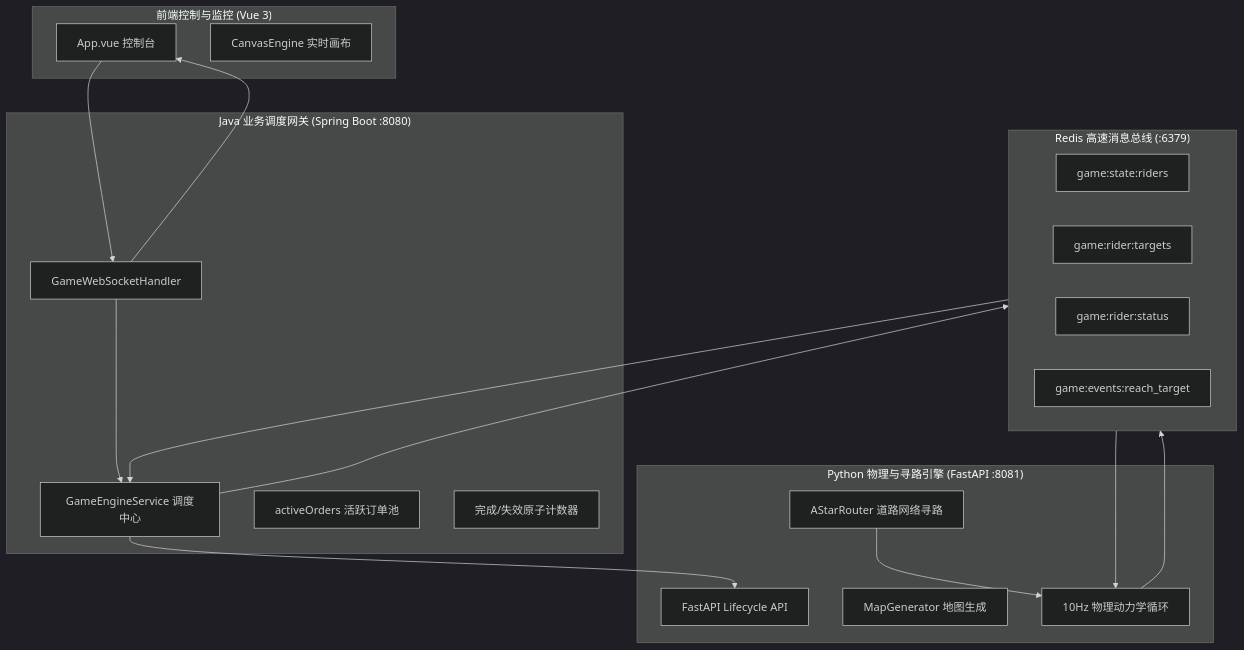
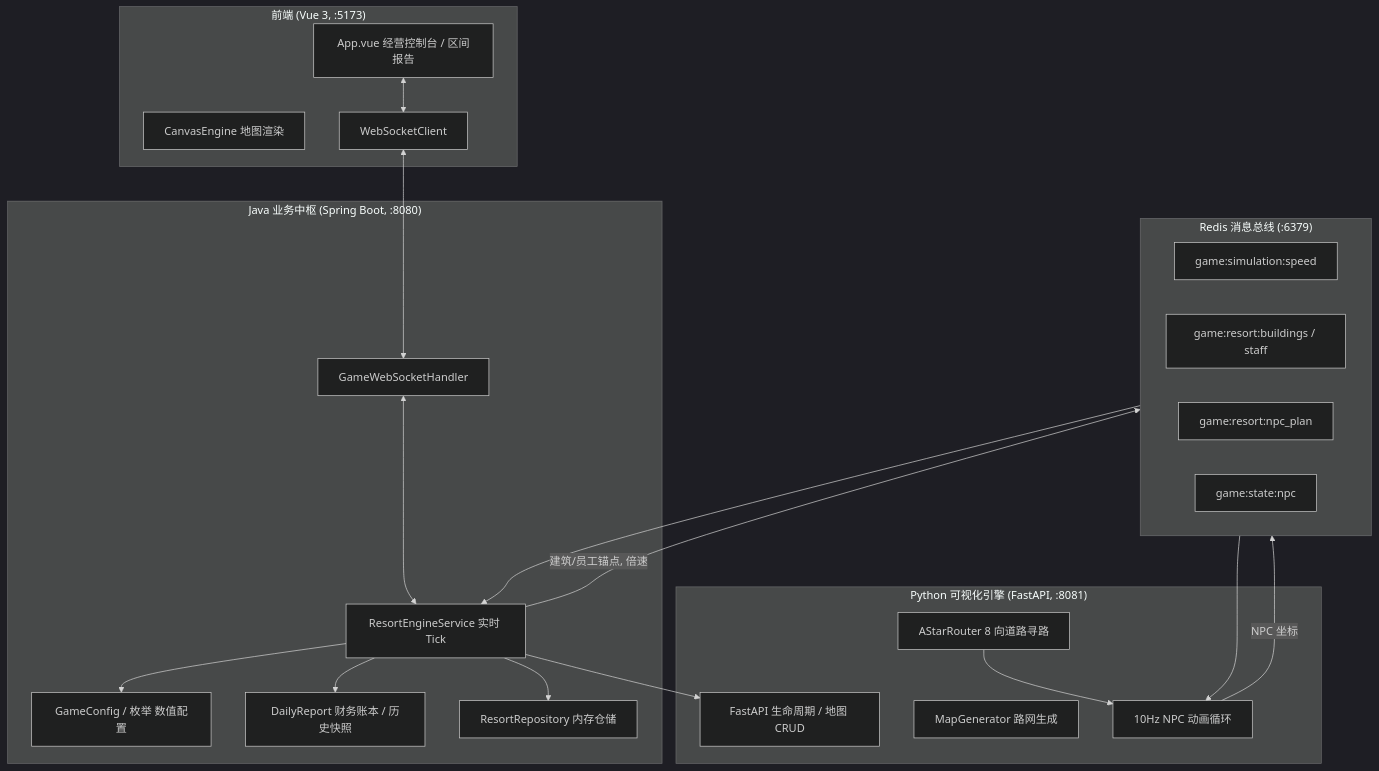
The diagram in README.md (EricYFY/meileme), drawn with Mermaid (dark theme) before and after one commit. The commit also changed other lines of this file and 44 other files, not shown here.

````diff
--- a/README.md
+++ b/README.md
@@ -11,38 +15,43 @@
 ```mermaid
 flowchart TB
-    subgraph Frontend["前端控制与监控 (Vue 3)"]
-        UI["App.vue 控制台"]
-        Canvas["CanvasEngine 实时画布"]
+    subgraph Frontend["前端 (Vue 3, :5173)"]
+        UI["App.vue 经营控制台 / 区间报告"]
+        Canvas["CanvasEngine 地图渲染"]
+        WSClient["WebSocketClient"]
     end
 
-    subgraph JavaGateway["Java 业务调度网关 (Spring Boot :8080)"]
+    subgraph JavaGateway["Java 业务中枢 (Spring Boot, :8080)"]
         WS["GameWebSocketHandler"]
-        Scheduler["GameEngineService 调度中心"]
-        OrderPool["activeOrders 活跃订单池"]
-        Counters["完成/失效原子计数器"]
+        Engine["ResortEngineService 实时 Tick"]
+        Cfg["GameConfig / 枚举 数值配置"]
+        Report["DailyReport 财务账本 / 历史快照"]
+        Repo["ResortRepository 内存仓储"]
     end
 
-    subgraph RedisBus["Redis 高速消息总线 (:6379)"]
-        StateKey["game:state:riders"]
-        TargetHash["game:rider:targets"]
-        StatusHash["game:rider:status"]
-        EventQueue["game:events:reach_target"]
+    subgraph RedisBus["Redis 消息总线 (:6379)"]
+        Speed["game:simulation:speed"]
+        RB["game:resort:buildings / staff"]
+        Plan["game:resort:npc_plan"]
+        Npc["game:state:npc"]
     end
 
-    subgraph PythonEngine["Python 物理与寻路引擎 (FastAPI :8081)"]
-        API["FastAPI Lifecycle API"]
-        AStar["AStarRouter 道路网络寻路"]
-        MapGen["MapGenerator 地图生成"]
-        TickLoop["10Hz 物理动力学循环"]
+    subgraph PythonEngine["Python 可视化引擎 (FastAPI, :8081)"]
+        Api["FastAPI 生命周期 / 地图 CRUD"]
+        Router["AStarRouter 8 向道路寻路"]
+        Gen["MapGenerator 路网生成"]
+        Loop["10Hz NPC 动画循环"]
     end
 
-    UI --> WS
-    WS --> UI
-    WS --> Scheduler
-    Scheduler --> API
-    Scheduler --> RedisBus
-    RedisBus --> Scheduler
-    TickLoop --> RedisBus
-    RedisBus --> TickLoop
-    AStar --> TickLoop
+    UI <--> WSClient
+    WSClient <--> WS
+    WS <--> Engine
+    Engine --> Cfg
+    Engine --> Report
+    Engine --> Repo
+    Engine -->|"建筑/员工锚点, 倍速"| RedisBus
+    RedisBus --> Loop
+    Loop -->|"NPC 坐标"| RedisBus
+    RedisBus --> Engine
+    Engine --> Api
+    Router --> Loop
 ```
````
